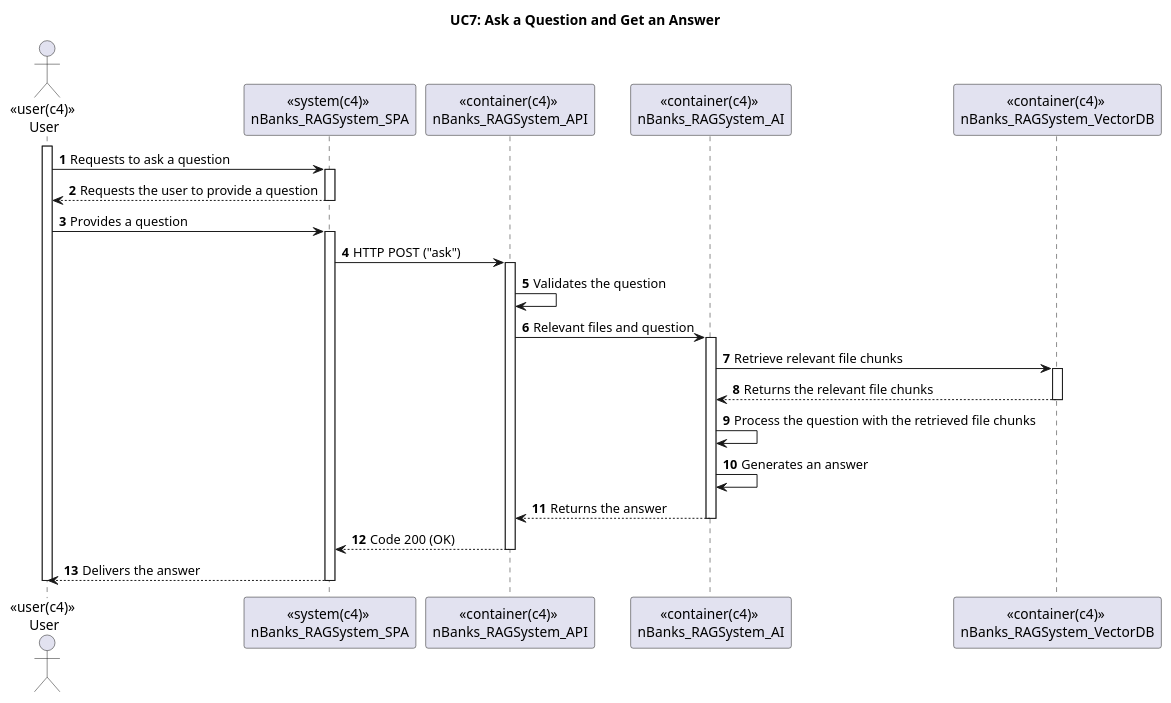
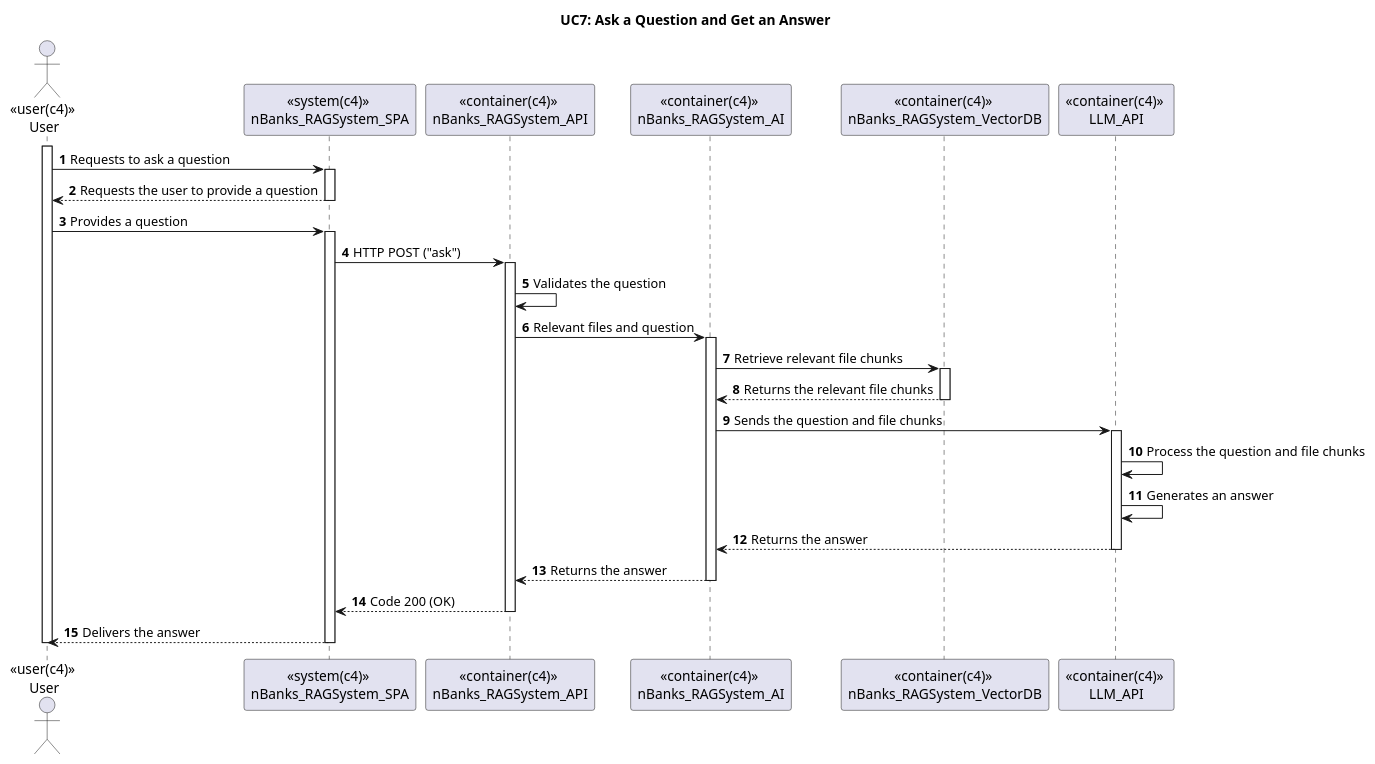
The diagram in UC7/Level2.puml (Ana6363/RAGSystem_Wiki), drawn with PlantUML before and after one commit. The commit also changed 3 other files, not shown here.

Commit message:
changes made to diagrams

```diff
--- a/UC7/Level2.puml
+++ b/UC7/Level2.puml
@@ -1,40 +1,46 @@
 @startuml
 
 title UC7: Ask a Question and Get an Answer
 
 
 autonumber
 
 actor "<<user(c4)>> \nUser" as user
 participant "<<system(c4)>> \nnBanks_RAGSystem_SPA" as sys
 participant "<<container(c4)>> \nnBanks_RAGSystem_API" as api
 participant "<<container(c4)>> \nnBanks_RAGSystem_AI" as ai
 participant "<<container(c4)>> \nnBanks_RAGSystem_VectorDB" as db2
+participant "<<container(c4)>> \nLLM_API" as llm
+
 
 activate user
 user -> sys : Requests to ask a question
 activate sys
 sys --> user: Requests the user to provide a question
 deactivate sys
 user -> sys : Provides a question
 activate sys
 sys -> api: HTTP POST ("ask")
 activate api
 api -> api: Validates the question
 api -> ai: Relevant files and question
 activate ai
 ai -> db2: Retrieve relevant file chunks
 activate db2
 db2 --> ai: Returns the relevant file chunks
 deactivate db2
-ai -> ai: Process the question with the retrieved file chunks
-ai -> ai: Generates an answer
+ai -> llm: Sends the question and file chunks
+activate llm
+llm -> llm: Process the question and file chunks
+llm -> llm: Generates an answer
+llm --> ai: Returns the answer
+deactivate llm
 ai --> api: Returns the answer
 deactivate ai
 api --> sys: Code 200 (OK)
 deactivate api
 sys --> user: Delivers the answer
 deactivate sys
 deactivate user
 
 @enduml
```
